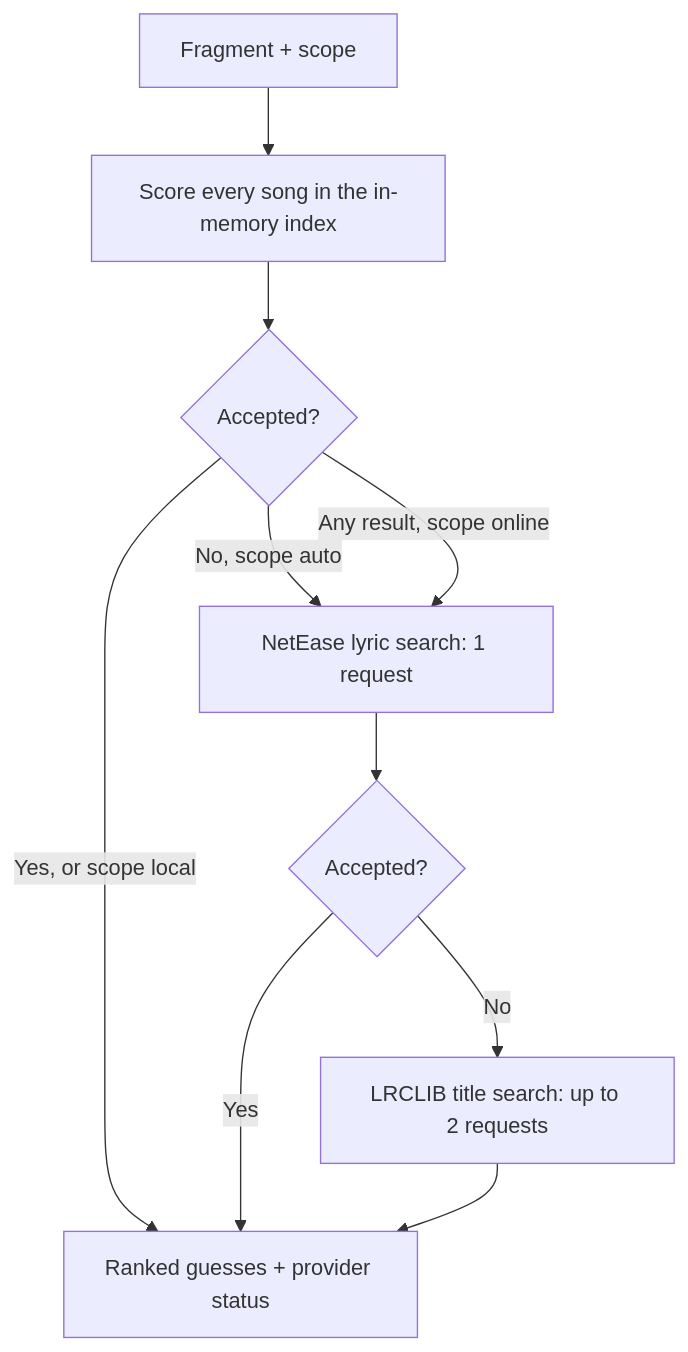
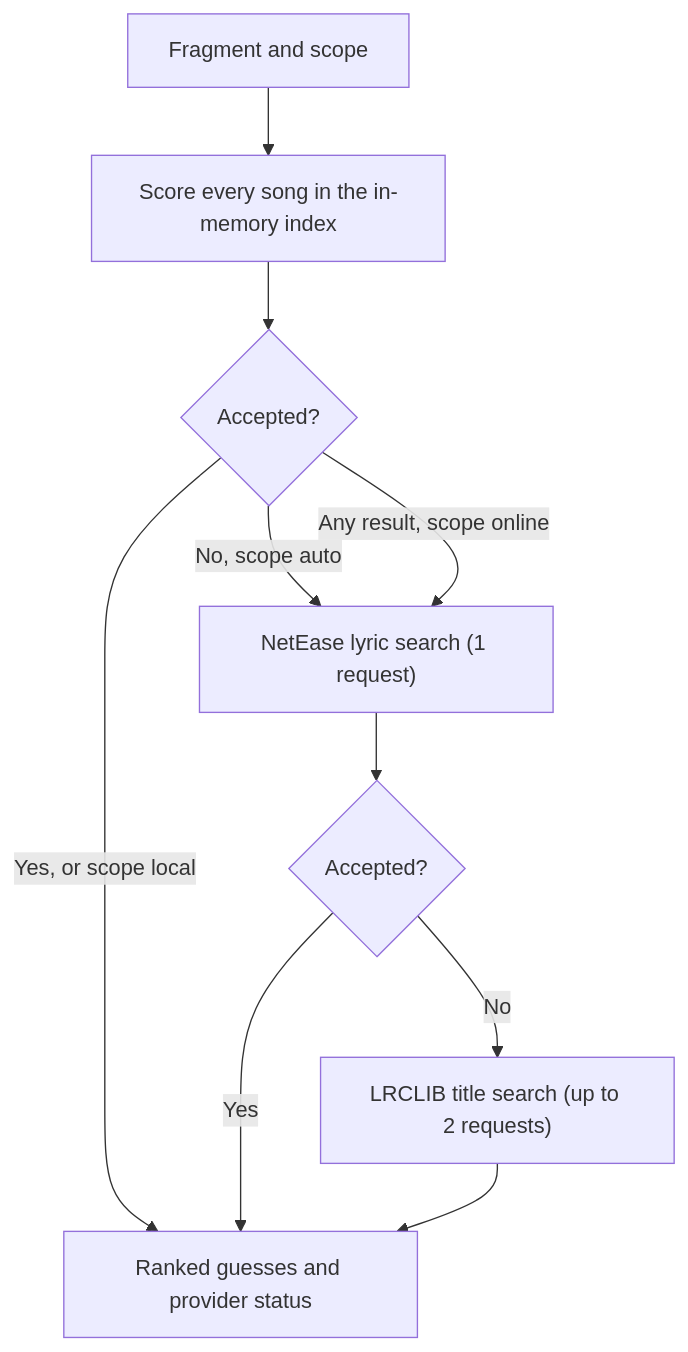
The second of 2 diagrams in docs/architecture/lyrics-caching.md (jav76/Cantus), drawn with Mermaid before and after one commit. The commit also changed other lines of this file and 35 other files, not shown here.

First line of the commit message:
docs: correct drift against source, fix list rendering, drop stale knowledge graph

````diff
--- a/docs/architecture/lyrics-caching.md
+++ b/docs/architecture/lyrics-caching.md
@@ -107,12 +108,12 @@
 ```mermaid
 flowchart TD
-    Fragment[Fragment + scope] --> Index[Score every song in the in-memory index]
+    Fragment["Fragment and scope"] --> Index["Score every song in the in-memory index"]
     Index --> Decide1{Accepted?}
-    Decide1 -->|Yes, or scope local| Return[Ranked guesses + provider status]
-    Decide1 -->|No, scope auto| Netease[NetEase lyric search: 1 request]
-    Decide1 -->|Any result, scope online| Netease
+    Decide1 -->|"Yes, or scope local"| Return["Ranked guesses and provider status"]
+    Decide1 -->|"No, scope auto"| Netease["NetEase lyric search (1 request)"]
+    Decide1 -->|"Any result, scope online"| Netease
     Netease --> Decide2{Accepted?}
     Decide2 -->|Yes| Return
-    Decide2 -->|No| Lrclib[LRCLIB title search: up to 2 requests]
+    Decide2 -->|No| Lrclib["LRCLIB title search (up to 2 requests)"]
     Lrclib --> Return
 ```
````
